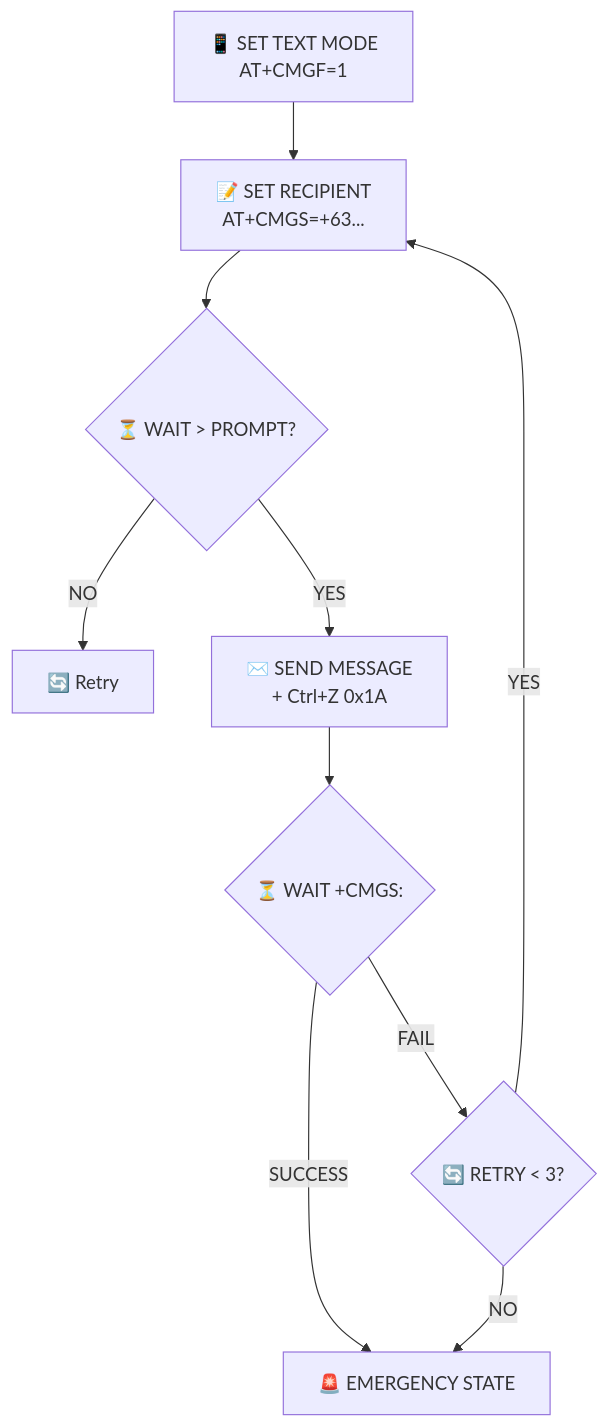
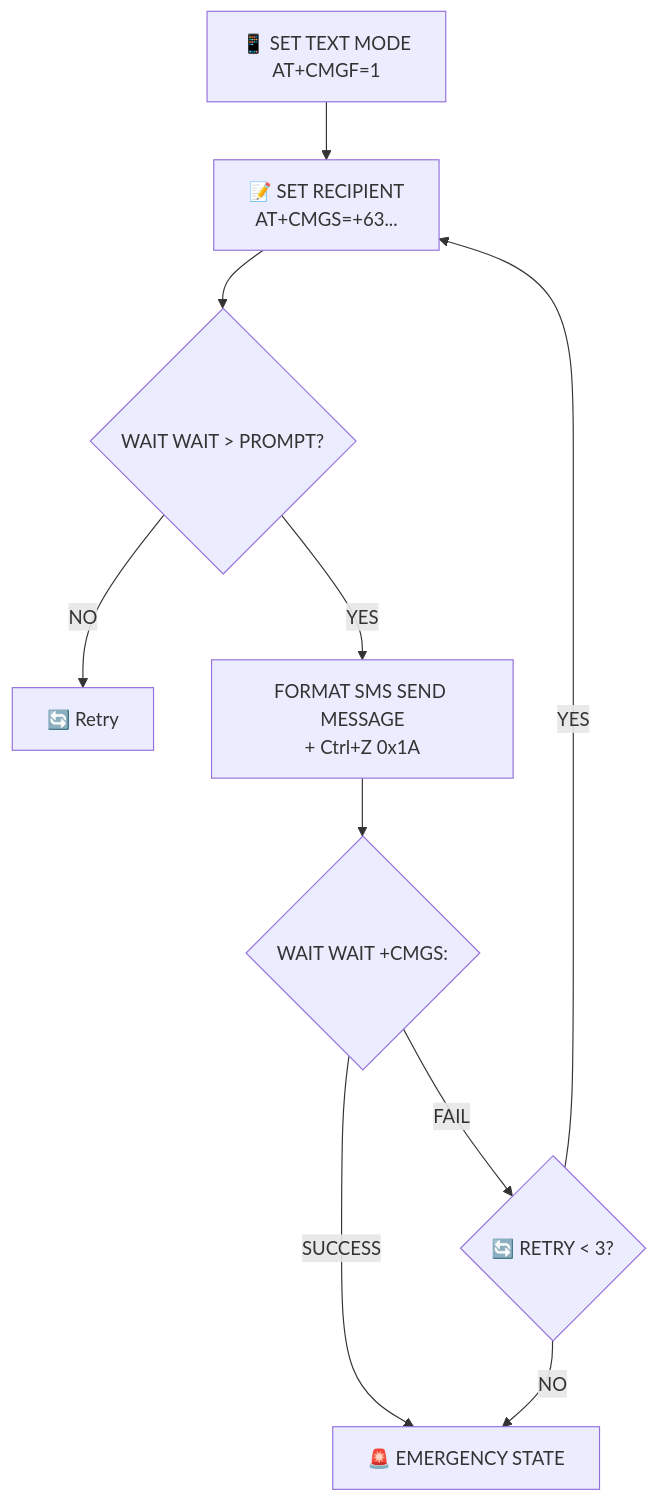
Before and after one commit to qppd/smart-vehicle-impact-detection-device: the fifth of 7 diagrams in docs/FLOWCHART.md, drawn with Mermaid. The commit also changed other lines of this file and 10 other files, not shown here.

````diff
--- a/docs/FLOWCHART.md
+++ b/docs/FLOWCHART.md
@@ -106,12 +106,12 @@
 ```mermaid
 flowchart TD
     CMGF["📱 SET TEXT MODE<br/>AT+CMGF=1"] --> CMGS["📝 SET RECIPIENT<br/>AT+CMGS="+63...""]
-    CMGS --> WAIT_PROMPT{"⏳ WAIT > PROMPT?"}
+    CMGS --> WAIT_PROMPT{"WAIT WAIT > PROMPT?"}
     WAIT_PROMPT -->|NO| RETRY_SEND["🔄 Retry"]
-    WAIT_PROMPT -->|YES| SEND_MSG["✉️ SEND MESSAGE<br/>+ Ctrl+Z 0x1A"]
-    SEND_MSG --> WAIT_OK{"⏳ WAIT +CMGS:"}
+    WAIT_PROMPT -->|YES| SEND_MSG["FORMAT SMS SEND MESSAGE<br/>+ Ctrl+Z 0x1A"]
+    SEND_MSG --> WAIT_OK{"WAIT WAIT +CMGS:"}
     WAIT_OK -->|SUCCESS| EMERGENCY["🚨 EMERGENCY STATE"]
     WAIT_OK -->|FAIL| RETRY_COUNT{"🔄 RETRY < 3?"}
     RETRY_COUNT -->|YES| CMGS
     RETRY_COUNT -->|NO| EMERGENCY
 ```
````
